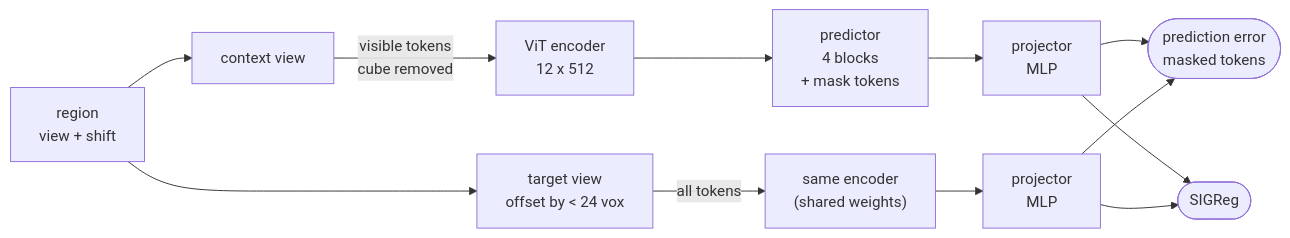
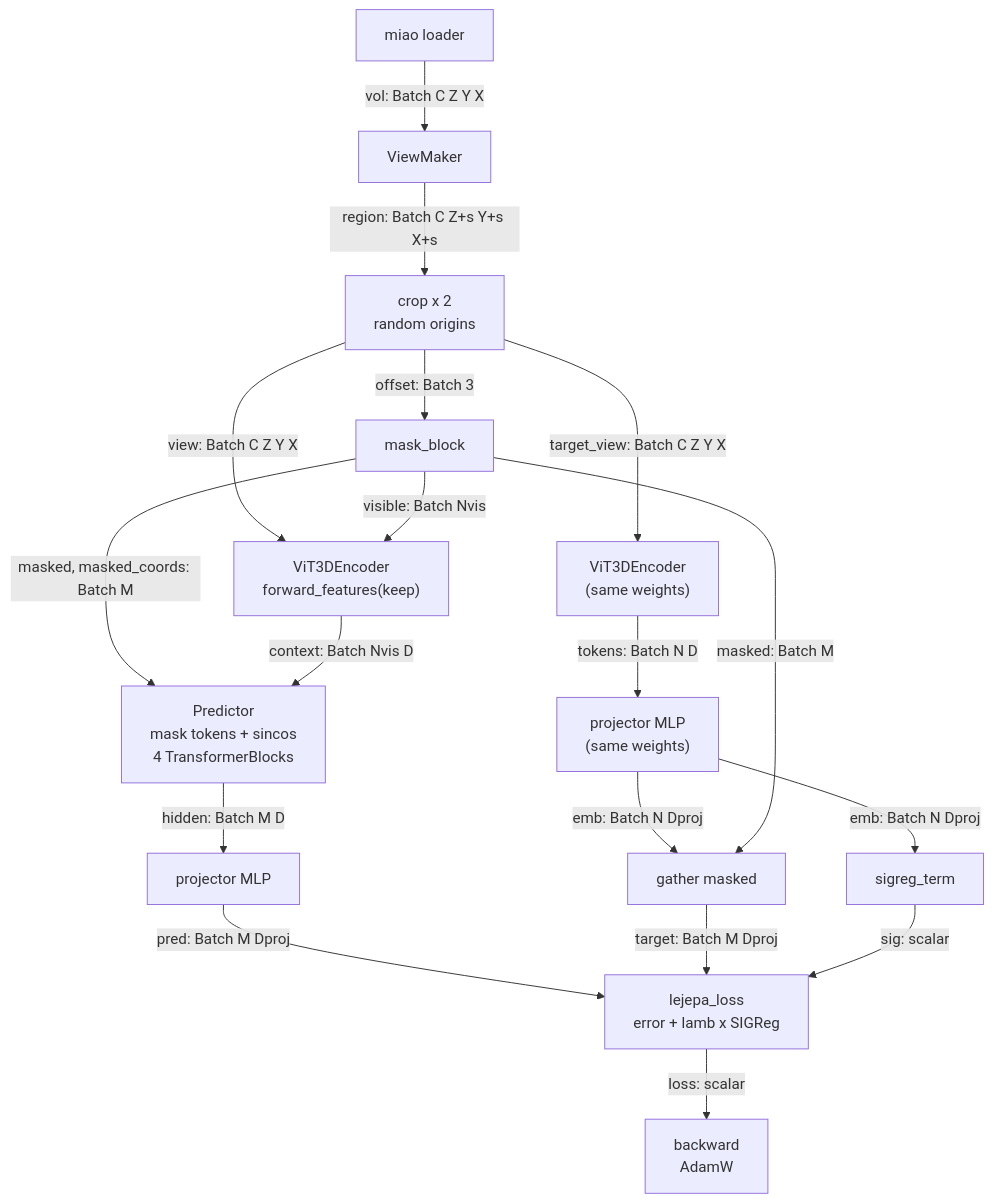
The diagram in diagrams/model-masked.mmd (AI-HHMI/ssl-lejepa), drawn with Mermaid before and after one commit. The commit also changed 3 other files, not shown here.

Commit message:
diagrams: model boxes are code, wires are tensors named with their dims (top to bottom, for legibility)

```diff
--- a/diagrams/model-masked.mmd
+++ b/diagrams/model-masked.mmd
@@ -1,12 +1,18 @@
-flowchart LR
-    R["region<br/>view + shift"] --> C["context view"]
-    R --> G["target view<br/>offset by < 24 vox"]
-    C -- "visible tokens<br/>cube removed" --> E["ViT encoder<br/>12 x 512"]
-    G -- "all tokens" --> E2["same encoder<br/>(shared weights)"]
-    E --> PR["predictor<br/>4 blocks<br/>+ mask tokens"]
-    PR --> PJ["projector<br/>MLP"]
-    E2 --> PJ2["projector<br/>MLP"]
-    PJ --> INV(["prediction error<br/>masked tokens"])
-    PJ2 --> INV
-    PJ --> SG(["SIGReg"])
-    PJ2 --> SG
+flowchart TB
+    DL["miao loader"] -->|"vol: Batch C Z Y X"| VM["ViewMaker"]
+    VM -->|"region: Batch C Z+s Y+s X+s"| CR["crop x 2<br/>random origins"]
+    CR -->|"view: Batch C Z Y X"| ENC["ViT3DEncoder<br/>forward_features(keep)"]
+    CR -->|"target_view: Batch C Z Y X"| ENC2["ViT3DEncoder<br/>(same weights)"]
+    CR -->|"offset: Batch 3"| MB["mask_block"]
+    MB -->|"visible: Batch Nvis"| ENC
+    MB -->|"masked, masked_coords: Batch M"| PRED
+    ENC -->|"context: Batch Nvis D"| PRED["Predictor<br/>mask tokens + sincos<br/>4 TransformerBlocks"]
+    PRED -->|"hidden: Batch M D"| PJ["projector MLP"]
+    ENC2 -->|"tokens: Batch N D"| PJ2["projector MLP<br/>(same weights)"]
+    PJ -->|"pred: Batch M Dproj"| LOSS["lejepa_loss<br/>error + lamb x SIGReg"]
+    PJ2 -->|"emb: Batch N Dproj"| G["gather masked"]
+    G -->|"target: Batch M Dproj"| LOSS
+    PJ2 -->|"emb: Batch N Dproj"| SG["sigreg_term"]
+    SG -->|"sig: scalar"| LOSS
+    MB -->|"masked: Batch M"| G
+    LOSS -->|"loss: scalar"| OPT["backward<br/>AdamW"]
```
